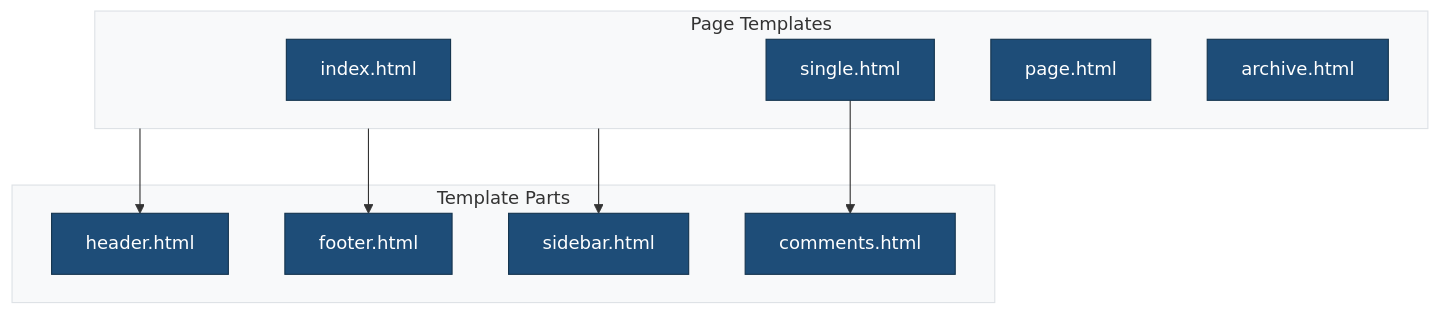
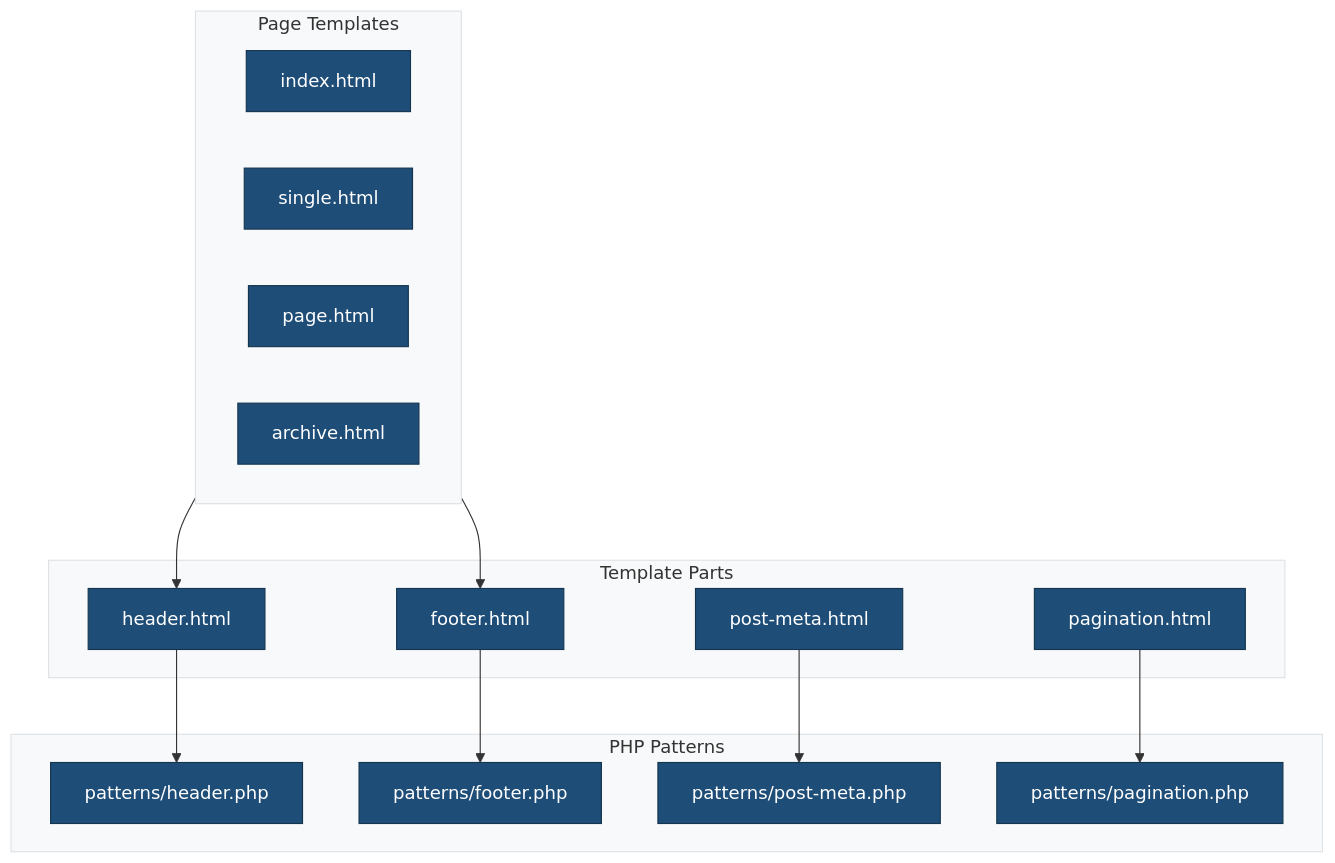
Before and after one commit to lightspeedwp/block-theme-scaffold-template: the first of 2 diagrams in parts/README.md, drawn with Mermaid. The commit also changed other lines of this file and 38 other files, not shown here.

````diff
--- a/parts/README.md
+++ b/parts/README.md
@@ -7,22 +7,31 @@
 ```mermaid
 %%{init: {'theme': 'base', 'themeVariables': { 'primaryColor': '#1e4d78', 'primaryTextColor': '#ffffff', 'primaryBorderColor': '#15354f', 'lineColor': '#333333', 'secondaryColor': '#f0f0f0', 'tertiaryColor': '#e8e8e8', 'background': '#ffffff', 'mainBkg': '#1e4d78', 'textColor': '#333333', 'nodeBorder': '#15354f', 'clusterBkg': '#f8f9fa', 'clusterBorder': '#dee2e6', 'titleColor': '#333333'}}}%%
 flowchart TB
     subgraph Templates["Page Templates"]
         Index["index.html"]
         Single["single.html"]
         Page["page.html"]
         Archive["archive.html"]
     end
 
     subgraph Parts["Template Parts"]
         Header["header.html"]
         Footer["footer.html"]
-        Sidebar["sidebar.html"]
-        Comments["comments.html"]
+        PostMeta["post-meta.html"]
+        Pagination["pagination.html"]
+    end
+
+    subgraph Patterns["PHP Patterns"]
+        HeaderP["patterns/header.php"]
+        FooterP["patterns/footer.php"]
+        PostMetaP["patterns/post-meta.php"]
+        PaginationP["patterns/pagination.php"]
     end
 
     Templates --> Header
     Templates --> Footer
-    Templates --> Sidebar
-    Single --> Comments
+    Header --> HeaderP
+    Footer --> FooterP
+    PostMeta --> PostMetaP
+    Pagination --> PaginationP
 ```
````
